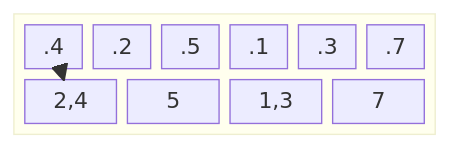
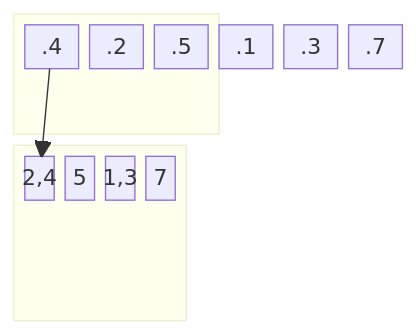
The second of 2 diagrams in DSA/src/main/java/org/algorithm/Merge.md (kuyeol/Ung-DSA-Repo), drawn with Mermaid before and after one commit.

````diff
--- a/DSA/src/main/java/org/algorithm/Merge.md
+++ b/DSA/src/main/java/org/algorithm/Merge.md
@@ -55,15 +55,20 @@
 ```mermaid
 block-beta
     
  columns 1
-    block: ID3
+    block: ID
         columns 12
         .4:2 .2:2 .5:2 .1:2 .3:2 .7:2
-        2,4:3 5:3 1,3:3 7:3 
-        
     end
+
+    block: ID2
+        columns auto
+        2,4:3 5:3 1,3:3 7:3
+    end
+    
     
                .4-->2,4
 
+  
 
 ```
````
